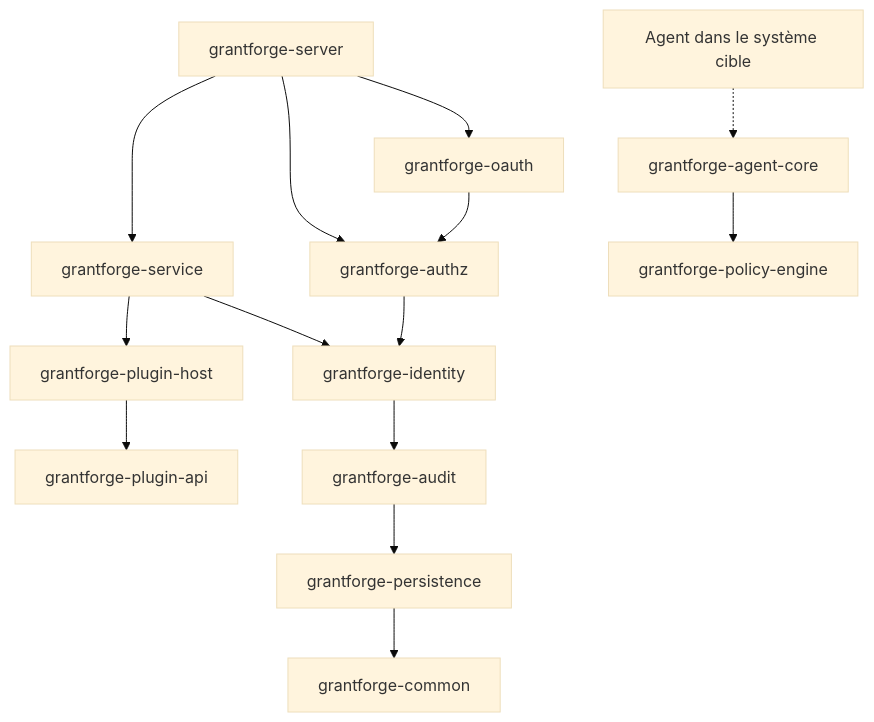
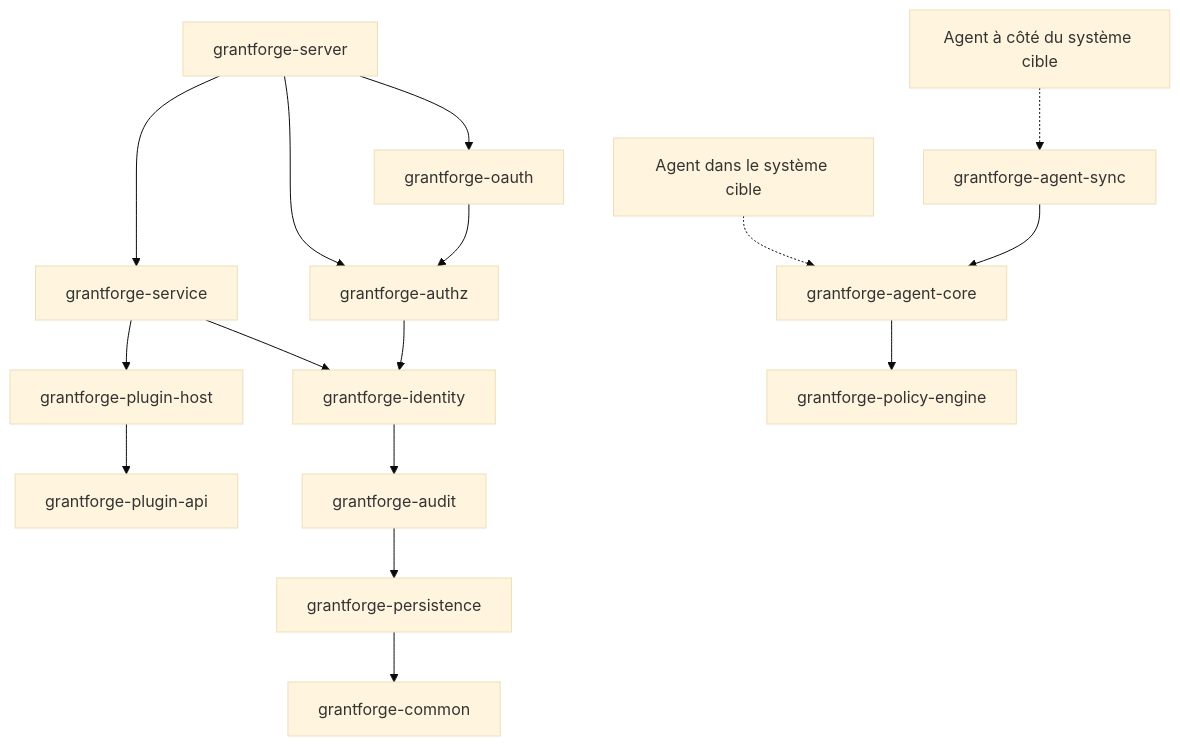
One commit to devlive-community/grantforge changed the first of 2 diagrams in docs/content/fr/architecture/overview.md. Above: the diagram before and after it, drawn with Mermaid (base theme). The commit also changed other lines of this file and 21 other files, not shown here.

First line of the commit message:
docs(agent-sync): document the shared core of agents beside a system

````diff
--- a/docs/content/fr/architecture/overview.md
+++ b/docs/content/fr/architecture/overview.md
@@ -18,16 +18,18 @@
 ```mermaid
 flowchart TB
   server[grantforge-server] --> oauth[grantforge-oauth]
   server --> service[grantforge-service]
   server --> authz[grantforge-authz]
   oauth --> authz
   service --> host[grantforge-plugin-host]
   service --> identity
   host --> api[grantforge-plugin-api]
   authz --> identity[grantforge-identity]
   identity --> audit[grantforge-audit]
   audit --> persistence[grantforge-persistence]
   persistence --> common[grantforge-common]
   agent[Agent dans le système cible] -.-> agentcore[grantforge-agent-core]
+  syncagent[Agent à côté du système cible] -.-> agentsync[grantforge-agent-sync]
+  agentsync --> agentcore
   agentcore --> engine[grantforge-policy-engine]
 ```
````
